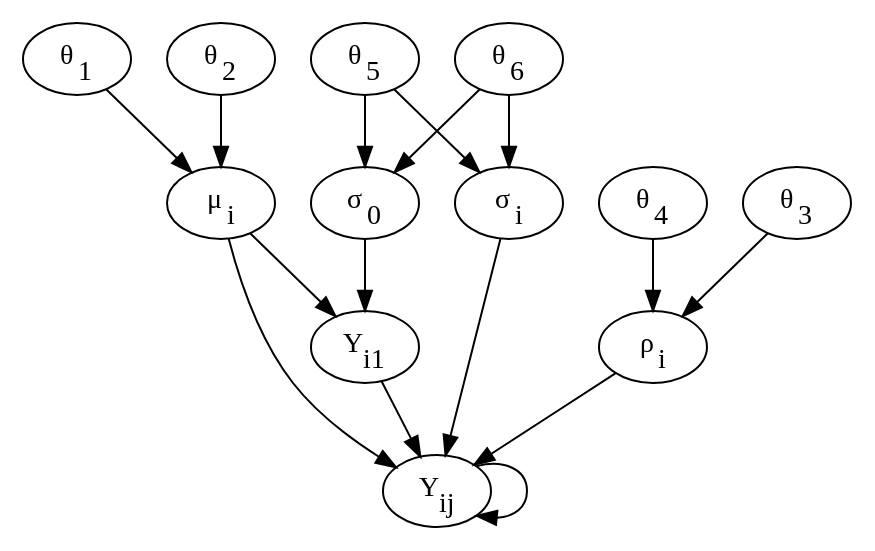
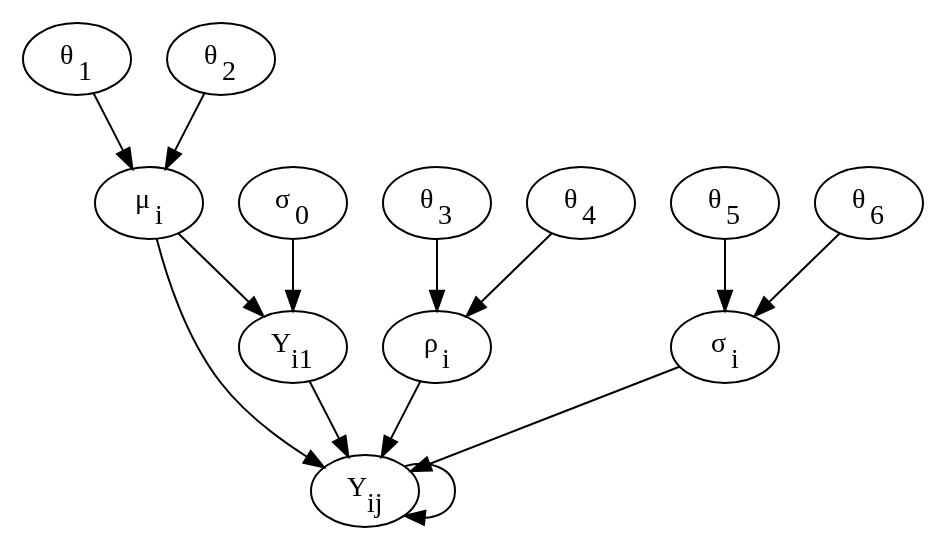
One commit to bgautijonsson/stae529m changed the diagram in assignments/hw8/solution/index.qmd. Above: the diagram before and after it, drawn with Graphviz. The commit also changed other lines of this file and 9 other files, not shown here.

````diff
--- a/assignments/hw8/solution/index.qmd
+++ b/assignments/hw8/solution/index.qmd
@@ -65,31 +75,30 @@
 ```{dot}
 digraph boxes_and_circles {
 
 # a 'graph' statement
 graph [overlap = true, fontsize = 10]
 
 theta1[label =<θ<sub>1</sub>>];
 theta2[label =<θ<sub>2</sub>>]; 
 theta3[label =<θ<sub>3</sub>>]; 
 theta4[label =<θ<sub>4</sub>>]; 
 theta5[label =<θ<sub>5</sub>>]; 
 theta6[label =<θ<sub>6</sub>>]; 
 mu[label = <μ<sub>i</sub>>];
 rho[label = <ρ<sub>i</sub>>];
 sigma1[label = <σ<sub>0</sub>>];
 sigmai[label = <σ<sub>i</sub>>];
 
 Yi1[label = <Y<sub>i1</sub>>]
 Yij[label = <Y<sub>ij</sub>>]
 
 # edge statements
 theta1->mu theta2->mu
 theta3->rho theta4-> rho
-theta5->sigma1 theta6->sigma1
 theta5->sigmai theta6->sigmai
 
 mu->Yi1 sigma1->Yi1
 
 mu->Yij sigmai->Yij rho->Yij Yij->Yij Yi1->Yij
 }
 ```
````
